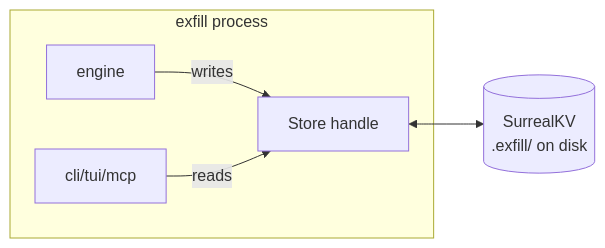
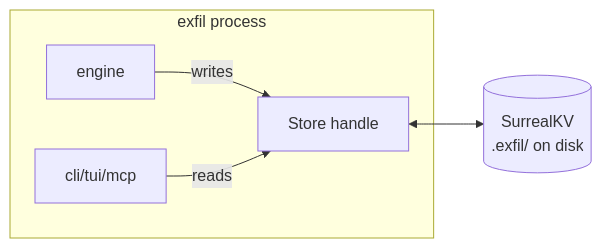
One commit to rangertaha/exfil changed the first of 5 diagrams in docs/architecture/store.md. Above: the diagram before and after it, drawn with Mermaid. The commit also changed other lines of this file and 129 other files, not shown here.

First line of the commit message:
Rename the tool: exfill -> exfil

````diff
--- a/docs/architecture/store.md
+++ b/docs/architecture/store.md
@@ -28,8 +28,8 @@
 ```mermaid
 flowchart LR
-    subgraph APP["exfill process"]
+    subgraph APP["exfil process"]
         ENG[engine] -->|writes| ST[Store handle]
         CLI[cli/tui/mcp] -->|reads| ST
     end
-    ST <--> KV[("SurrealKV<br/>.exfill/ on disk")]
+    ST <--> KV[("SurrealKV<br/>.exfil/ on disk")]
 ```
````
